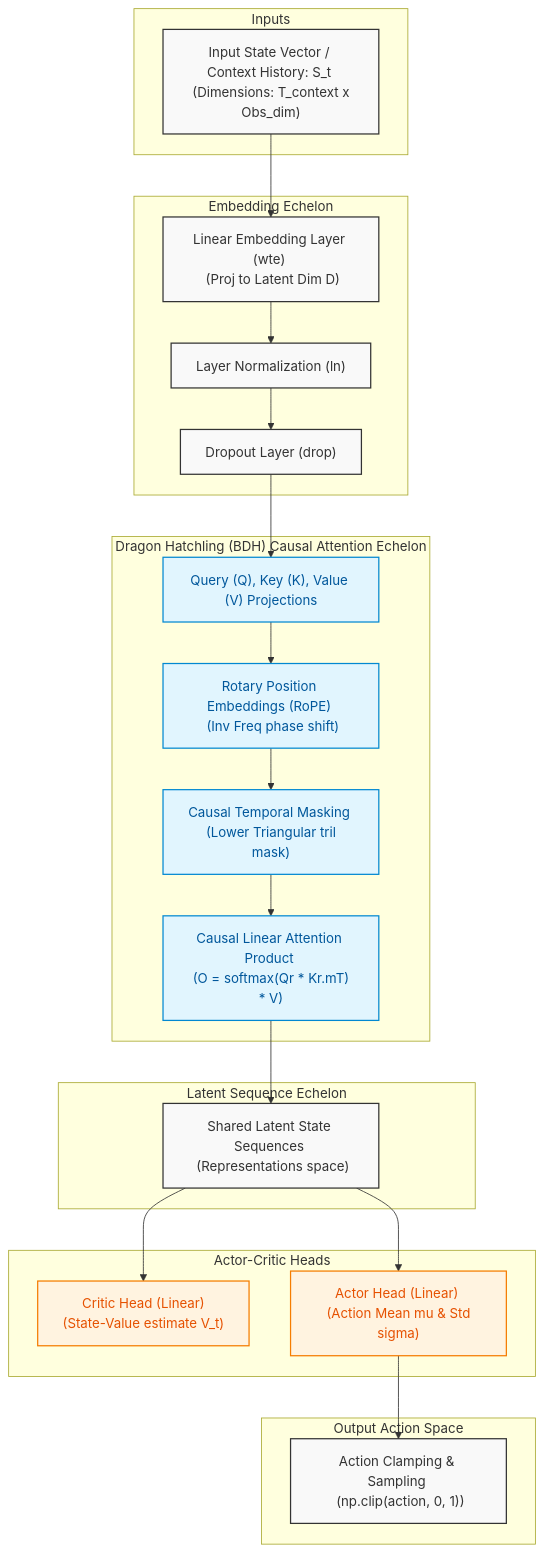
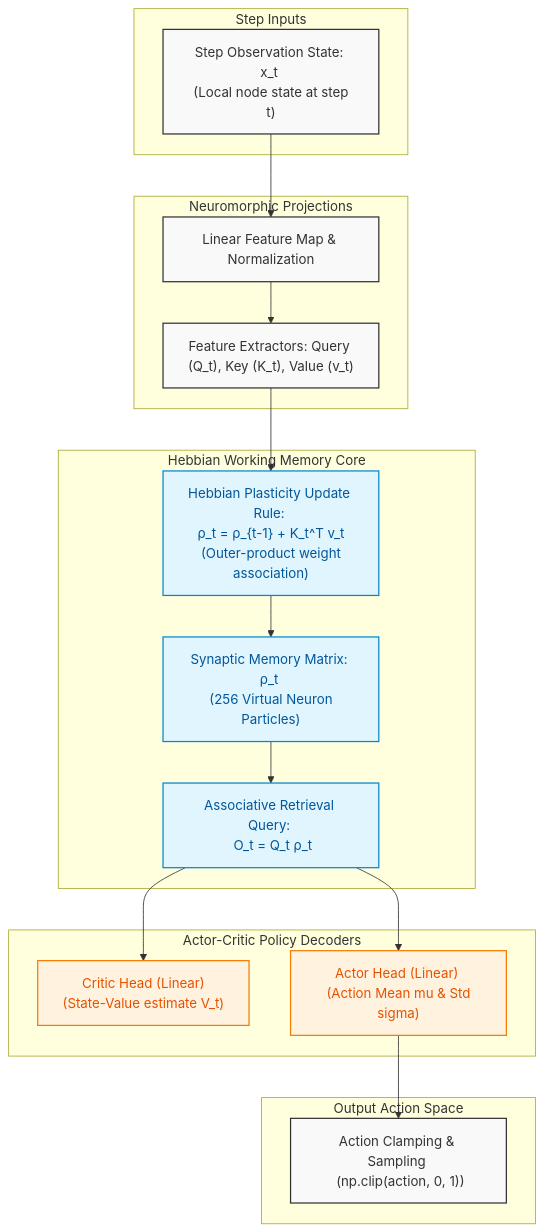
One commit to DeckardShaw31/SynapSCIM changed the diagram in README.md. Above: the diagram before and after it, drawn with Mermaid.

Commit message:
fix BDH architecture diagram to represent Recurrent Hebbian Update mechanism

````diff
--- a/README.md
+++ b/README.md
@@ -4,60 +4,49 @@
 ```mermaid
 graph TD
     classDef layer fill:#f9f9f9,stroke:#333,stroke-width:1.5px,color:#333;
-    classDef attention fill:#e1f5fe,stroke:#0288d1,stroke-width:1.5px,color:#01579b;
+    classDef Hebbian fill:#e1f5fe,stroke:#0288d1,stroke-width:1.5px,color:#01579b;
     classDef head fill:#fff3e0,stroke:#f57c00,stroke-width:1.5px,color:#e65100;
     
-    subgraph Input ["Inputs"]
-        S_t["Input State Vector / Context History: S_t <br> (Dimensions: T_context x Obs_dim)"]
+    subgraph Input ["Step Inputs"]
+        X_t["Step Observation State: x_t <br> (Local node state at step t)"]
     end
     
-    subgraph Embedding ["Embedding Echelon"]
-        Embed["Linear Embedding Layer (wte) <br> (Proj to Latent Dim D)"]
-        LN["Layer Normalization (ln)"]
-        Drop["Dropout Layer (drop)"]
+    subgraph Projections ["Neuromorphic Projections"]
+        Proj["Linear Feature Map & Normalization"]
+        QKV["Feature Extractors: Query (Q_t), Key (K_t), Value (v_t)"]
     end
     
-    subgraph Attention ["Dragon Hatchling (BDH) Causal Attention Echelon"]
-        QKV["Query (Q), Key (K), Value (V) Projections"]
-        RoPE["Rotary Position Embeddings (RoPE) <br> (Inv Freq phase shift)"]
-        Mask["Causal Temporal Masking <br> (Lower Triangular tril mask)"]
-        LinearAttn["Causal Linear Attention Product <br> (O = softmax(Qr * Kr.mT) * V)"]
+    subgraph Memory ["Hebbian Working Memory Core"]
+        Synapse["Synaptic Memory Matrix: &rho;_t <br> (256 Virtual Neuron Particles)"]
+        Update["Hebbian Plasticity Update Rule: <br> &rho;_t = &rho;_{t-1} + K_t^T v_t <br> (Outer-product weight association)"]
+        Retrieval["Associative Retrieval Query: <br> O_t = Q_t &rho;_t"]
     end
     
-    subgraph Shared ["Latent Sequence Echelon"]
-        Latent["Shared Latent State Sequences <br> (Representations space)"]
-    end
-    
-    subgraph Output ["Actor-Critic Heads"]
+    subgraph Output ["Actor-Critic Policy Decoders"]
         Critic["Critic Head (Linear) <br> (State-Value estimate V_t)"]
         Actor["Actor Head (Linear) <br> (Action Mean mu & Std sigma)"]
     end
     
     subgraph Action ["Output Action Space"]
         Clipped["Action Clamping & Sampling <br> (np.clip(action, 0, 1))"]
     end
     
     %% Connections
-    S_t --> Embed
-    Embed --> LN
-    LN --> Drop
+    X_t --> Proj
+    Proj --> QKV
     
-    Drop --> QKV
-    QKV --> RoPE
-    RoPE --> Mask
-    Mask --> LinearAttn
+    QKV --> Update
+    Update --> Synapse
+    Synapse --> Retrieval
     
-    LinearAttn --> Latent
-    
-    Latent --> Critic
-    Latent --> Actor
+    Retrieval --> Critic
+    Retrieval --> Actor
     
     Actor --> Clipped
 
-    class S_t layer;
-    class Embed,LN,Drop layer;
-    class QKV,RoPE,Mask,LinearAttn attention;
-    class Latent layer;
+    class X_t layer;
+    class Proj,QKV layer;
+    class Synapse,Update,Retrieval Hebbian;
     class Critic,Actor head;
     class Clipped layer;
 ```
````
